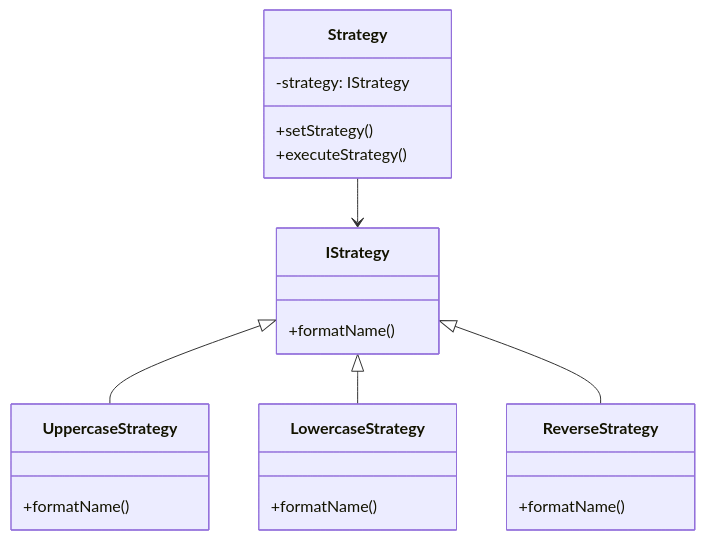
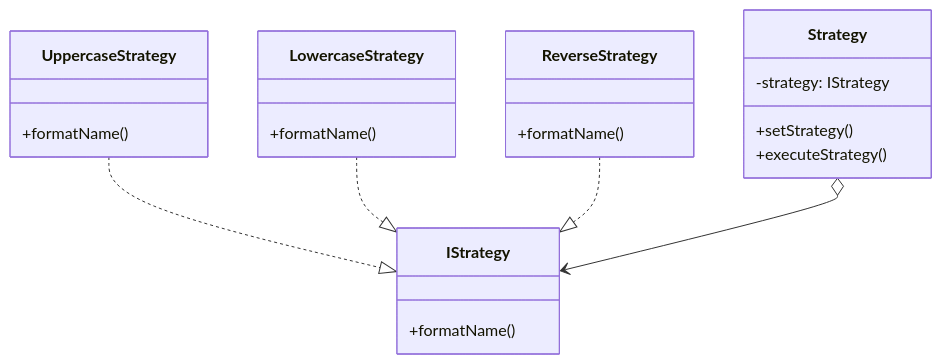
One commit to condinoaljoseph/design-patterns-typescript changed the diagram in src/Strategy/Conceptual/README.md. Above: the diagram before and after it, drawn with Mermaid. The commit also changed 1 other file, not shown here.

Commit message:
fix relationship

````diff
--- a/src/Strategy/Conceptual/README.md
+++ b/src/Strategy/Conceptual/README.md
@@ -1,22 +1,22 @@
 ```mermaid
 classDiagram
-    IStrategy <|-- UppercaseStrategy
-    IStrategy <|-- LowercaseStrategy
-    IStrategy <|-- ReverseStrategy
+    UppercaseStrategy ..|> IStrategy
+    LowercaseStrategy ..|> IStrategy
+    ReverseStrategy ..|> IStrategy
     IStrategy: +formatName()
-    Strategy --> IStrategy
+    Strategy o--> IStrategy
     class UppercaseStrategy{
         +formatName()
     }
     class LowercaseStrategy{
         +formatName()
     }
     class ReverseStrategy{
         +formatName()
     }
     class Strategy {
         -strategy: IStrategy
         +setStrategy()
         +executeStrategy()
     }
 ```
````
